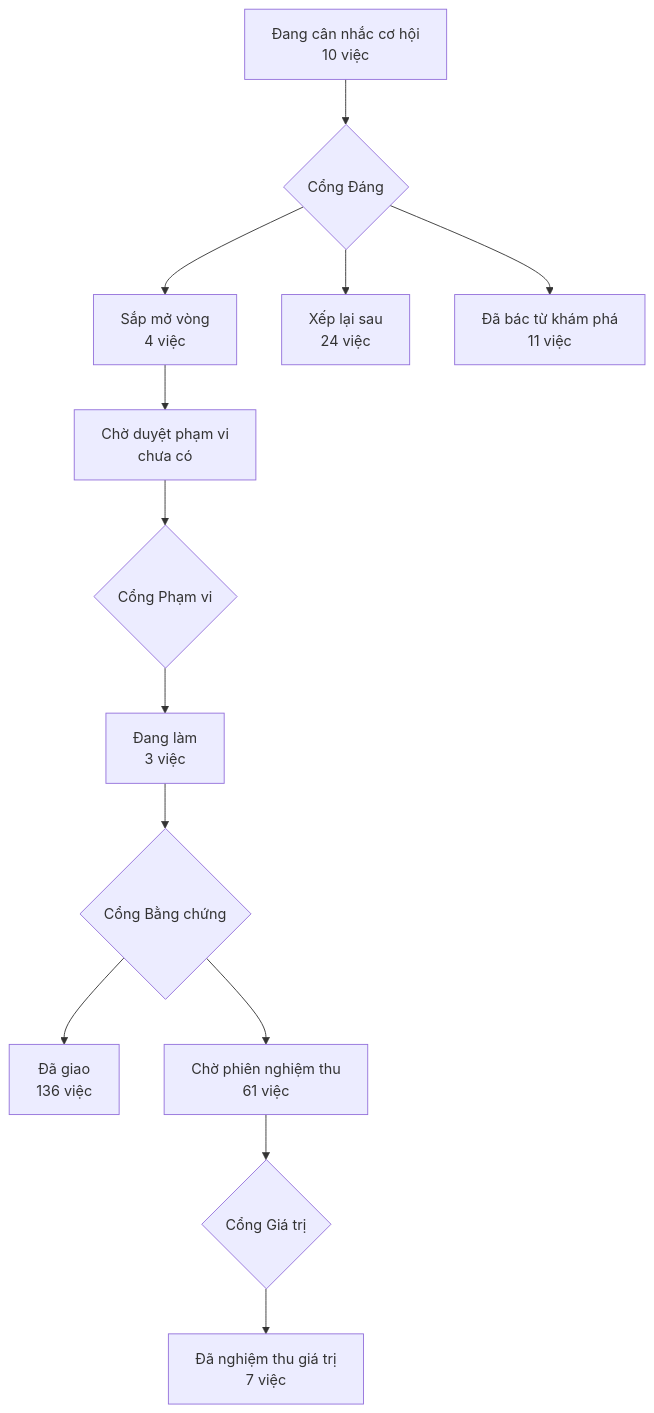
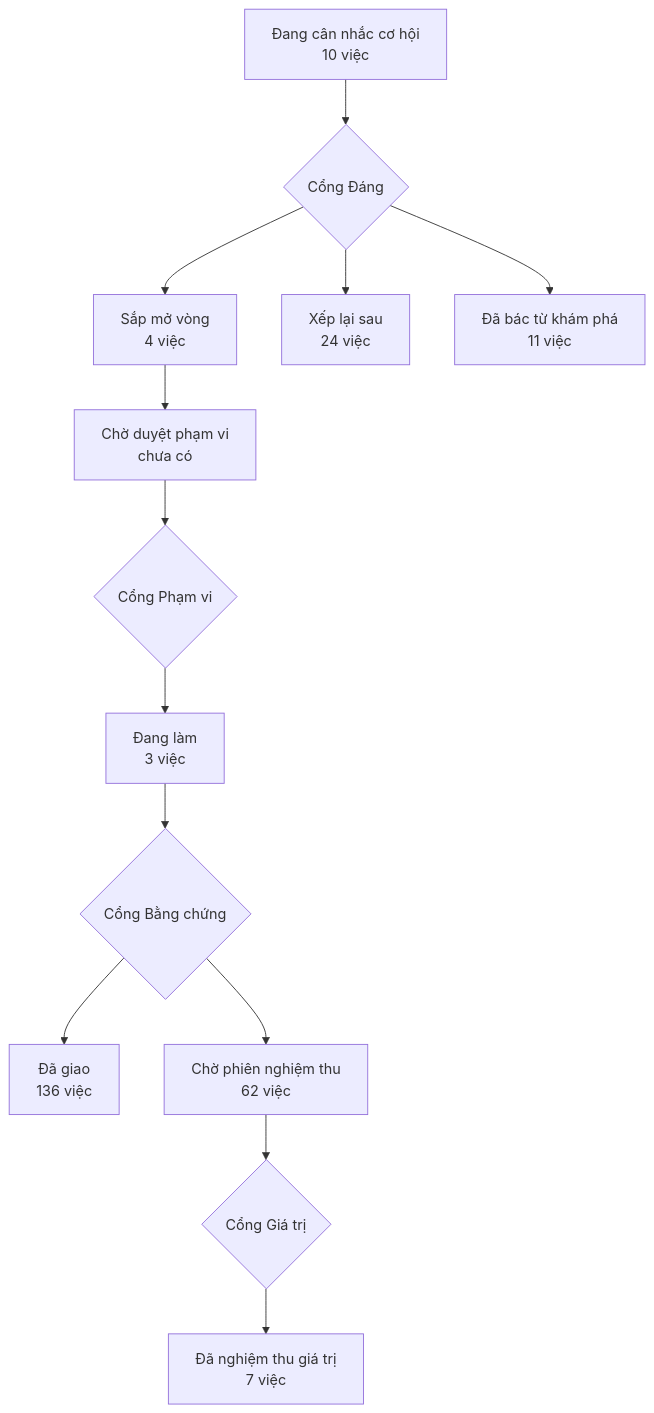
The diagram in PRODUCT-MAP.md (phanlemanh/acceptance-gate-kit), drawn with Mermaid before and after one commit. The commit also changed other lines of this file and 1 other file, not shown here.

Commit message:
vẽ lại PRODUCT-MAP.md + LO-TRINH.html sau gộp main (driver tep-sinh: gộp không dừng)

````diff
--- a/PRODUCT-MAP.md
+++ b/PRODUCT-MAP.md
@@ -7,12 +7,12 @@
 ```mermaid
 flowchart TD
   A["Đang cân nhắc cơ hội<br/>10 việc"] --> GD{"Cổng Đáng"}
   GD --> B["Sắp mở vòng<br/>4 việc"]
   GD --> XL["Xếp lại sau<br/>24 việc"]
   GD --> DB["Đã bác từ khám phá<br/>11 việc"]
   B --> CD["Chờ duyệt phạm vi<br/>chưa có"] --> GP{"Cổng Phạm vi"}
   GP --> DL["Đang làm<br/>3 việc"] --> GB{"Cổng Bằng chứng"}
   GB --> DG["Đã giao<br/>136 việc"]
-  GB --> CN["Chờ phiên nghiệm thu<br/>61 việc"] --> GG{"Cổng Giá trị"}
+  GB --> CN["Chờ phiên nghiệm thu<br/>62 việc"] --> GG{"Cổng Giá trị"}
   GG --> NT["Đã nghiệm thu giá trị<br/>7 việc"]
 ```
````
